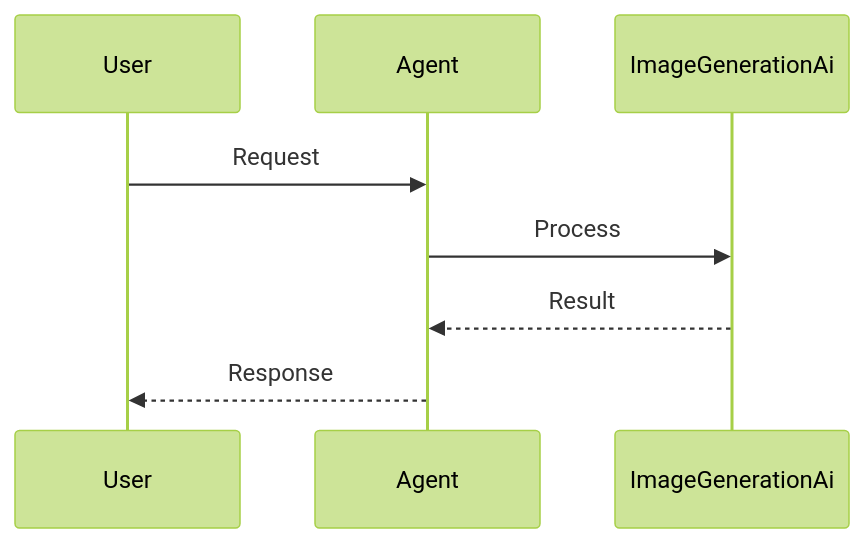
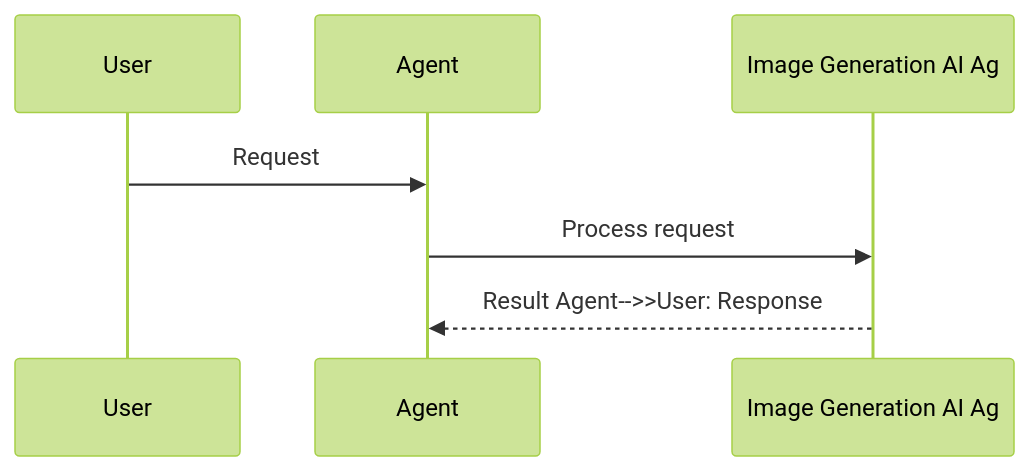
One commit to MervinPraison/PraisonAIDocs changed the second of 2 diagrams in docs/features/image-generation.mdx. Above: the diagram before and after it, drawn with Mermaid (forest theme). The commit also changed 204 other files, not shown here.

First line of the commit message:
docs: align feature/tool pages with AGENTS.md hero + sequence + import standards (fixes #1775)

````diff
--- a/docs/features/image-generation.mdx
+++ b/docs/features/image-generation.mdx
@@ -39,11 +39,10 @@
 ```mermaid
 sequenceDiagram
     participant User
     participant Agent
-    participant ImageGenerationAi
+    participant Feature as Image Generation AI Ag
 
     User->>Agent: Request
-    Agent->>ImageGenerationAi: Process
-    ImageGenerationAi-->>Agent: Result
-    Agent-->>User: Response
+    Agent->>Feature: Process request
+    Feature-->>Agent: Result    Agent-->>User: Response
 ```
````
